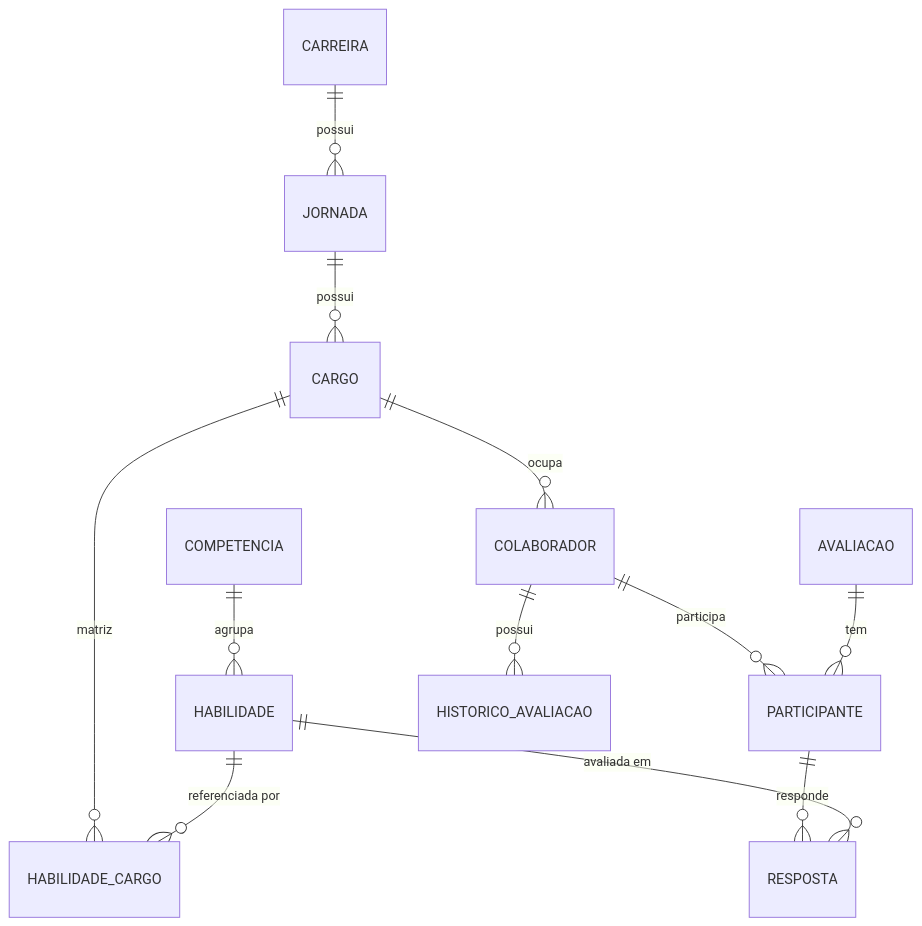
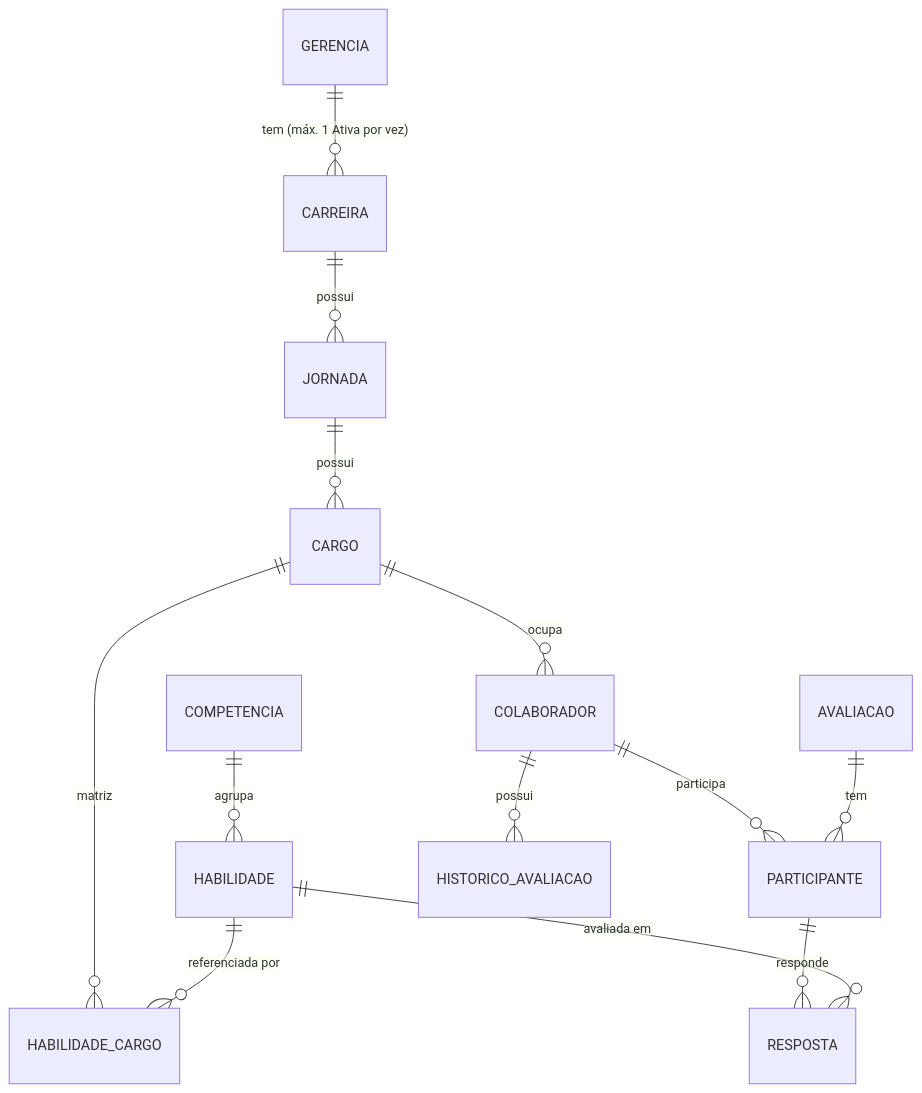
The diagram in docs/DATA_MODEL.md (alicedsva/sgc-mvp), drawn with Mermaid before and after one commit. The commit also changed other lines of this file and 23 other files, not shown here.

````diff
--- a/docs/DATA_MODEL.md
+++ b/docs/DATA_MODEL.md
@@ -297,14 +372,15 @@
 ```mermaid
 erDiagram
+    GERENCIA ||--o{ CARREIRA : "tem (máx. 1 Ativa por vez)"
     CARREIRA ||--o{ JORNADA : possui
     JORNADA ||--o{ CARGO : possui
     CARGO ||--o{ HABILIDADE_CARGO : "matriz"
     HABILIDADE ||--o{ HABILIDADE_CARGO : "referenciada por"
     COMPETENCIA ||--o{ HABILIDADE : agrupa
     CARGO ||--o{ COLABORADOR : ocupa
     COLABORADOR ||--o{ PARTICIPANTE : participa
     AVALIACAO ||--o{ PARTICIPANTE : tem
     PARTICIPANTE ||--o{ RESPOSTA : responde
     HABILIDADE ||--o{ RESPOSTA : "avaliada em"
     COLABORADOR ||--o{ HISTORICO_AVALIACAO : possui
 ```
````
